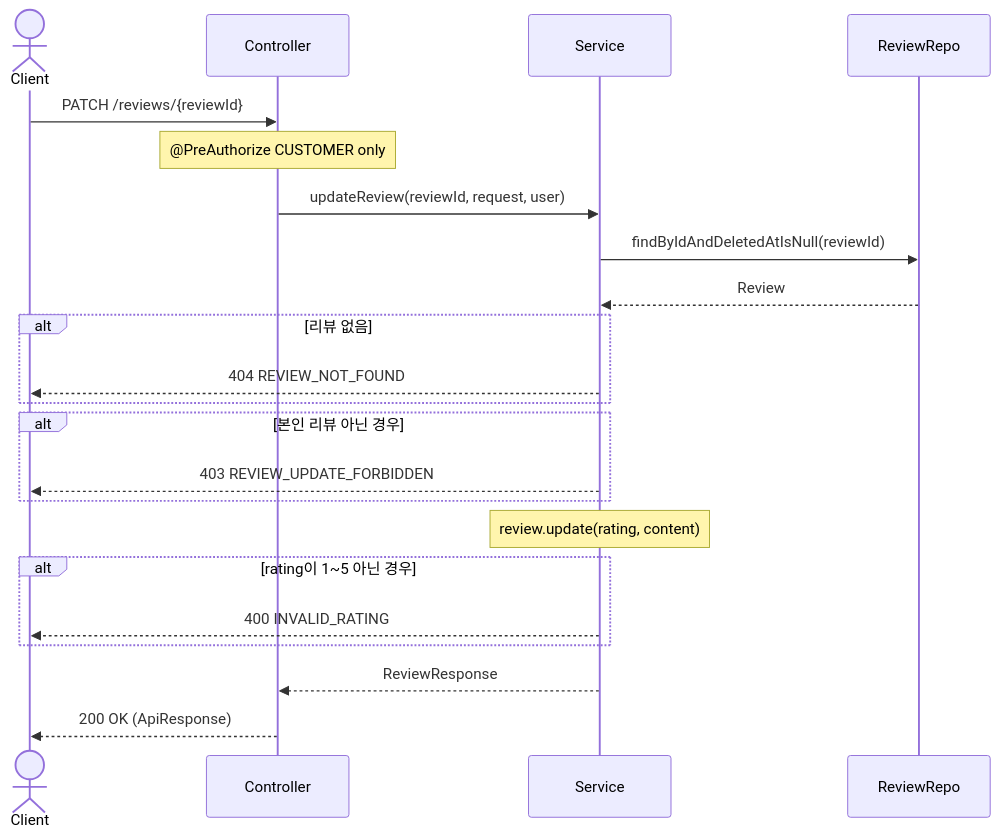
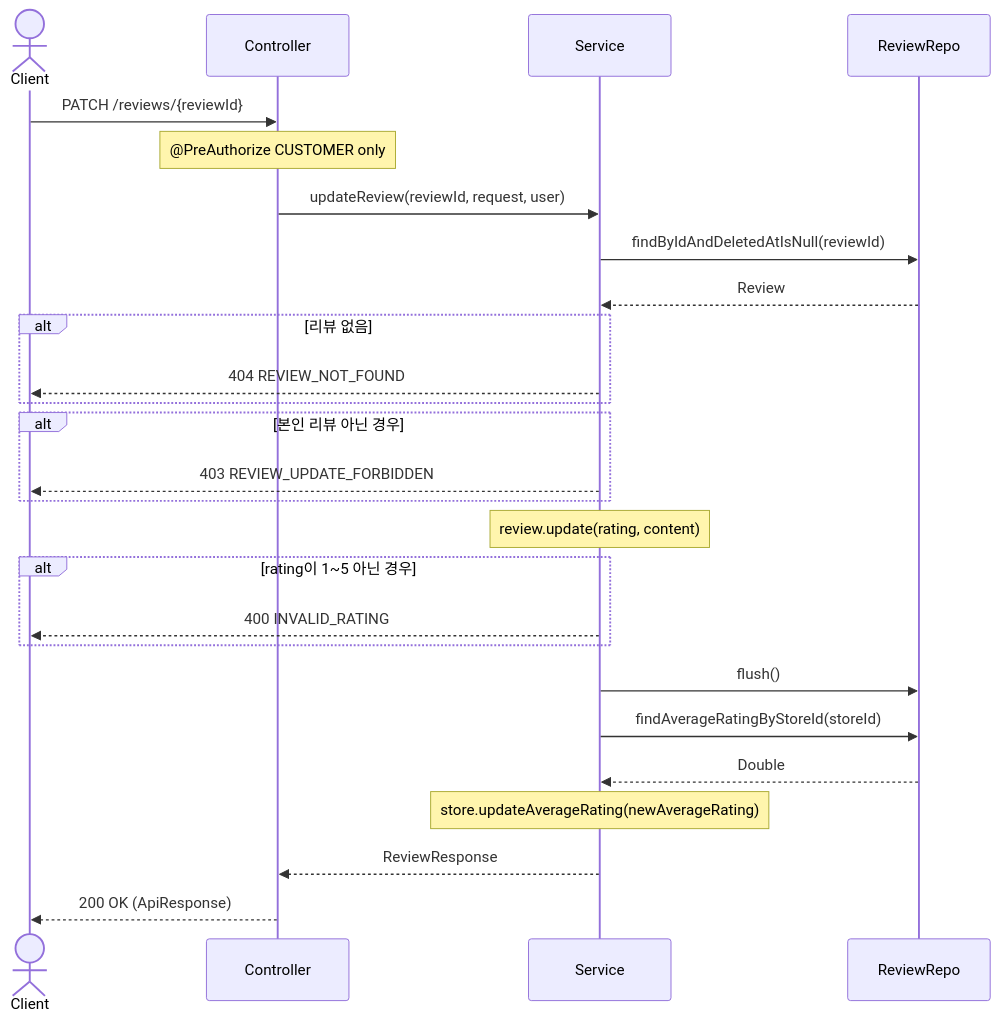
Before and after one commit to wlsdlf2/delivery-order-platform: the diagram in docs/sequence/review/review-update.md, drawn with Mermaid. The commit also changed 2 other files, not shown here.

Commit message:
fix: 가게 평점 계산 로직 반영하여 리뷰 CUD 시퀀스 다이어그램 수정

````diff
--- a/docs/sequence/review/review-update.md
+++ b/docs/sequence/review/review-update.md
@@ -7,32 +7,39 @@
 ```mermaid
 sequenceDiagram
     actor Client
     participant Controller
     participant Service
     participant ReviewRepo
 
     Client->>Controller: PATCH /reviews/{reviewId}
     Note over Controller: @PreAuthorize CUSTOMER only
 
     Controller->>Service: updateReview(reviewId, request, user)
 
     Service->>ReviewRepo: findByIdAndDeletedAtIsNull(reviewId)
     ReviewRepo-->>Service: Review
 
     alt 리뷰 없음
         Service-->>Client: 404 REVIEW_NOT_FOUND
     end
 
     alt 본인 리뷰 아닌 경우
         Service-->>Client: 403 REVIEW_UPDATE_FORBIDDEN
     end
 
     Note over Service: review.update(rating, content)
 
     alt rating이 1~5 아닌 경우
         Service-->>Client: 400 INVALID_RATING
     end
 
+    Service->>ReviewRepo: flush()
+
+    Service->>ReviewRepo: findAverageRatingByStoreId(storeId)
+    ReviewRepo-->>Service: Double
+
+    Note over Service: store.updateAverageRating(newAverageRating)
+
     Service-->>Controller: ReviewResponse
     Controller-->>Client: 200 OK (ApiResponse)
 ```
````
